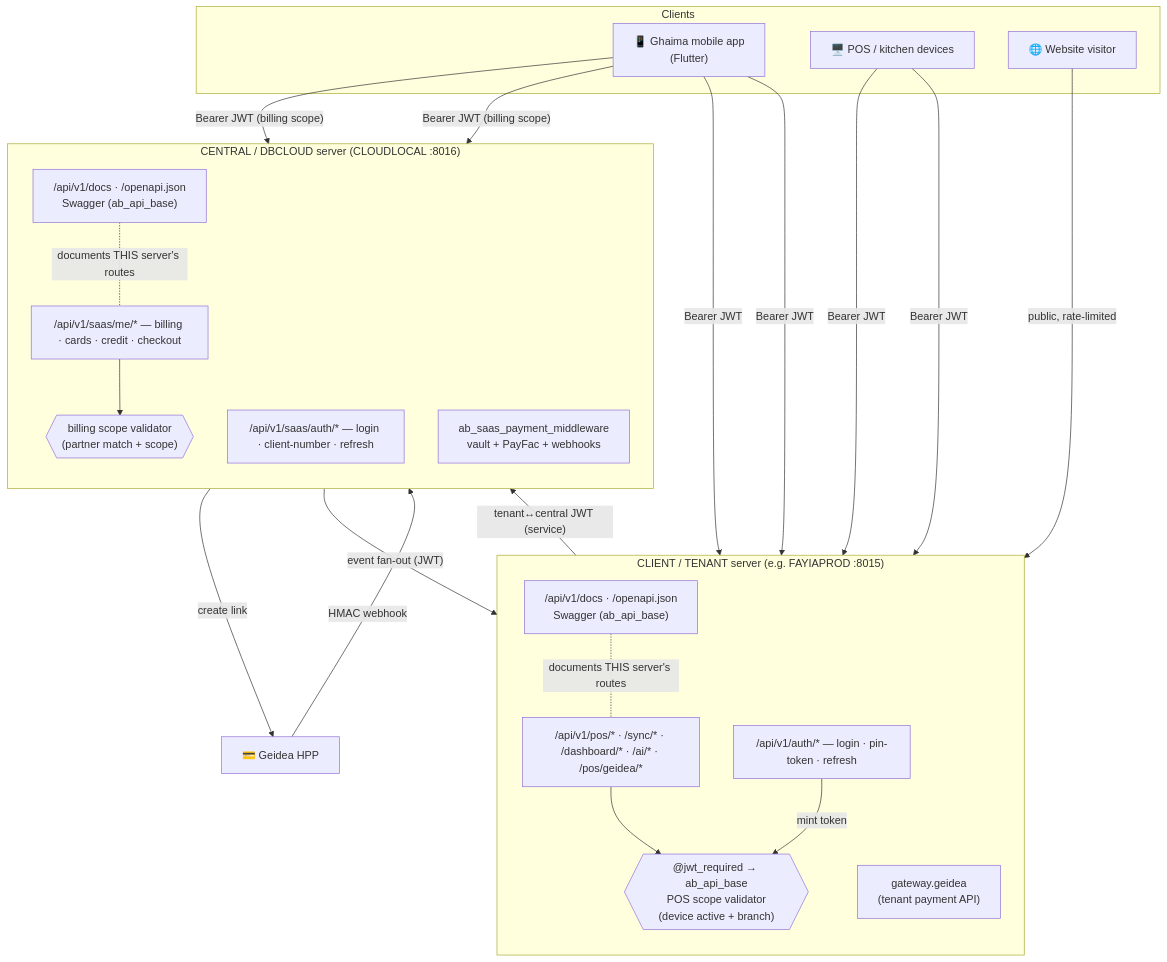
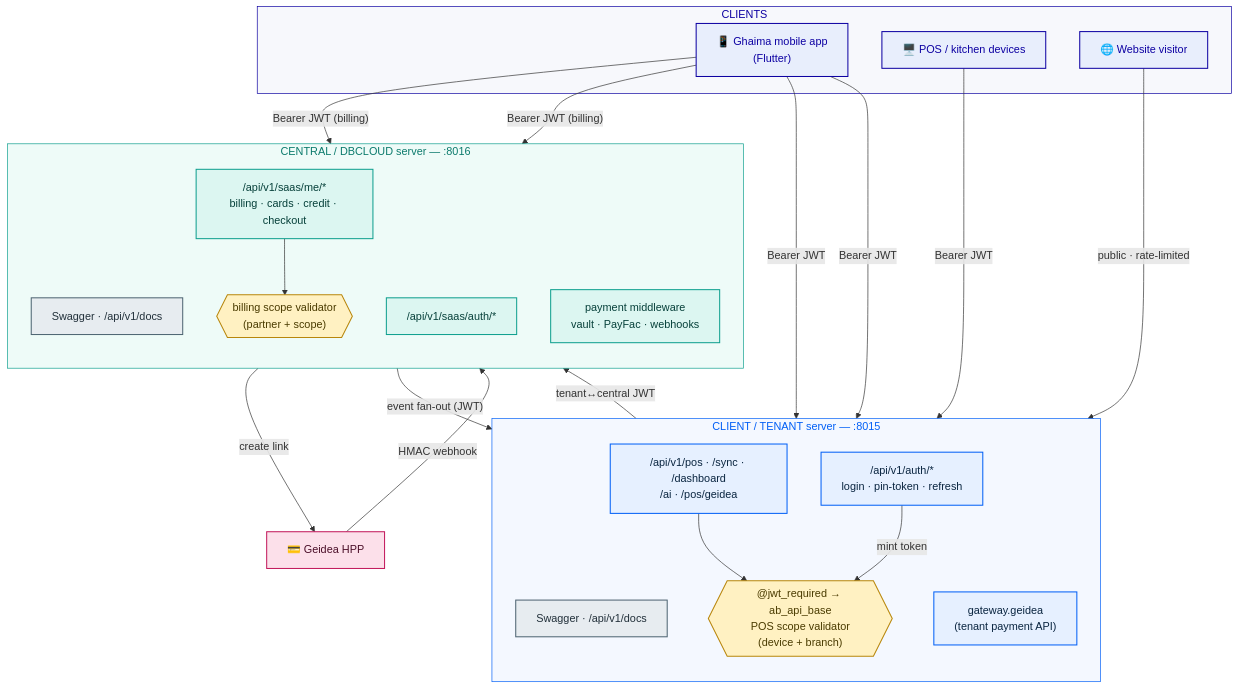
Before and after one commit to clouderps/saas-share: the first of 3 diagrams in ab_api_base/docs/API_ARCHITECTURE.md, drawn with Mermaid. The commit also changed other lines of this file, not shown here.

First line of the commit message:
docs(api): high-contrast colors + legend on the architecture diagrams

````diff
--- a/ab_api_base/docs/API_ARCHITECTURE.md
+++ b/ab_api_base/docs/API_ARCHITECTURE.md
@@ -16,46 +20,62 @@
 ```mermaid
 flowchart TB
-    subgraph Clients
+    subgraph CLIENTS["CLIENTS"]
         MOB["📱 Ghaima mobile app<br/>(Flutter)"]
         POS["🖥️ POS / kitchen devices"]
         WEB["🌐 Website visitor"]
     end
 
-    subgraph TENANT["CLIENT / TENANT server (e.g. FAYIAPROD :8015)"]
+    subgraph TENANT["CLIENT / TENANT server — :8015"]
         direction TB
-        TDOCS["/api/v1/docs · /openapi.json<br/>Swagger (ab_api_base)"]
-        TAUTH["/api/v1/auth/* — login · pin-token · refresh"]
-        TAPI["/api/v1/pos/* · /sync/* · /dashboard/* · /ai/* · /pos/geidea/*"]
-        TVAL{{"@jwt_required → ab_api_base<br/>POS scope validator<br/>(device active + branch)"}}
+        TDOCS["Swagger · /api/v1/docs"]
+        TAUTH["/api/v1/auth/*<br/>login · pin-token · refresh"]
+        TAPI["/api/v1/pos · /sync · /dashboard<br/>/ai · /pos/geidea"]
+        TVAL{{"@jwt_required → ab_api_base<br/>POS scope validator<br/>(device + branch)"}}
         TGW["gateway.geidea<br/>(tenant payment API)"]
     end
 
-    subgraph CENTRAL["CENTRAL / DBCLOUD server (CLOUDLOCAL :8016)"]
+    subgraph CENTRAL["CENTRAL / DBCLOUD server — :8016"]
         direction TB
-        CDOCS["/api/v1/docs · /openapi.json<br/>Swagger (ab_api_base)"]
-        CAUTH["/api/v1/saas/auth/* — login · client-number · refresh"]
-        CAPI["/api/v1/saas/me/* — billing · cards · credit · checkout"]
-        CVAL{{"billing scope validator<br/>(partner match + scope)"}}
-        MID["ab_saas_payment_middleware<br/>vault + PayFac + webhooks"]
+        CDOCS["Swagger · /api/v1/docs"]
+        CAUTH["/api/v1/saas/auth/*"]
+        CAPI["/api/v1/saas/me/*<br/>billing · cards · credit · checkout"]
+        CVAL{{"billing scope validator<br/>(partner + scope)"}}
+        MID["payment middleware<br/>vault · PayFac · webhooks"]
     end
 
     GEIDEA["💳 Geidea HPP"]
 
-    MOB & POS -->|"Bearer JWT"| TAUTH
-    MOB & POS -->|"Bearer JWT"| TAPI
-    WEB -->|"public, rate-limited"| TAPI
+    MOB -->|"Bearer JWT"| TAUTH
+    POS -->|"Bearer JWT"| TAPI
+    MOB -->|"Bearer JWT"| TAPI
+    WEB -->|"public · rate-limited"| TAPI
     TAPI --> TVAL
     TAUTH -->|"mint token"| TVAL
 
-    MOB -->|"Bearer JWT (billing scope)"| CAUTH
-    MOB -->|"Bearer JWT (billing scope)"| CAPI
+    MOB -->|"Bearer JWT (billing)"| CAUTH
+    MOB -->|"Bearer JWT (billing)"| CAPI
     CAPI --> CVAL
 
-    TGW -->|"tenant↔central JWT (service)"| MID
+    TGW -->|"tenant↔central JWT"| MID
     MID -->|"create link"| GEIDEA
     GEIDEA -->|"HMAC webhook"| MID
     MID -->|"event fan-out (JWT)"| TGW
 
-    TDOCS -. "documents THIS server's routes" .- TAPI
-    CDOCS -. "documents THIS server's routes" .- CAPI
+    classDef client fill:#E8EEFC,stroke:#0D00A2,stroke-width:1.5px,color:#0D00A2;
+    classDef tenant fill:#E6F0FF,stroke:#005FF6,stroke-width:1.5px,color:#0A2540;
+    classDef central fill:#DCF6F1,stroke:#0E9F8E,stroke-width:1.5px,color:#06403A;
+    classDef valid  fill:#FFF1C2,stroke:#B8860B,stroke-width:1.5px,color:#4A3B00;
+    classDef ext    fill:#FCE0EA,stroke:#C2185B,stroke-width:1.5px,color:#4A0E28;
+    classDef docs   fill:#E7ECF0,stroke:#4E6472,stroke-width:1.5px,color:#22303A;
+
+    class MOB,POS,WEB client;
+    class TAUTH,TAPI,TGW tenant;
+    class CAUTH,CAPI,MID central;
+    class TVAL,CVAL valid;
+    class GEIDEA ext;
+    class TDOCS,CDOCS docs;
+
+    style CLIENTS fill:#F7F8FC,stroke:#0D00A2,color:#0D00A2;
+    style TENANT  fill:#F4F8FF,stroke:#005FF6,color:#005FF6;
+    style CENTRAL fill:#EEFBF8,stroke:#0E9F8E,color:#0B7A6C;
 ```
````
